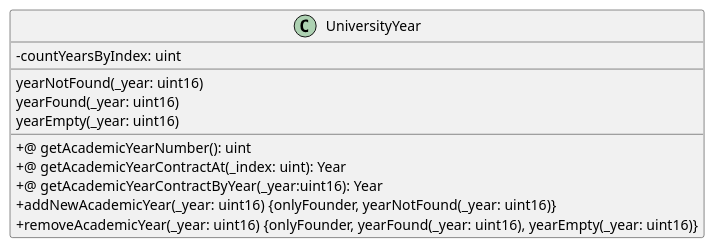
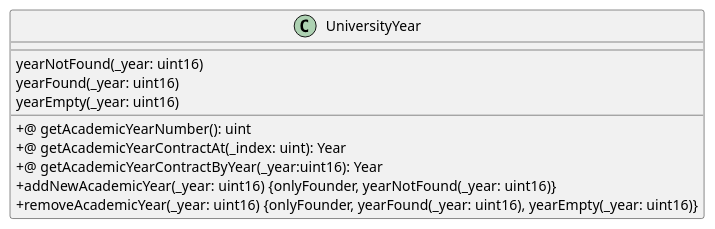
One commit to M9k/Marvin-Uml changed the diagram in Solidity/Contracts/UniversityYear.iuml. Above: the diagram before and after it, drawn with PlantUML. The commit also changed 4 other files, not shown here.

```diff
--- a/Solidity/Contracts/UniversityYear.iuml
+++ b/Solidity/Contracts/UniversityYear.iuml
@@ -1,16 +1,15 @@
 @startuml
 skinparam classAttributeIconSize 0
 class UniversityYear {
-- countYearsByIndex: uint
 __
 yearNotFound(_year: uint16)
 yearFound(_year: uint16)
 yearEmpty(_year: uint16)
 __
 +@ getAcademicYearNumber(): uint
 +@ getAcademicYearContractAt(_index: uint): Year
 +@ getAcademicYearContractByYear(_year:uint16): Year
 + addNewAcademicYear(_year: uint16) {onlyFounder, yearNotFound(_year: uint16)}
 + removeAcademicYear(_year: uint16) {onlyFounder, yearFound(_year: uint16), yearEmpty(_year: uint16)}
 }
 @enduml
```
